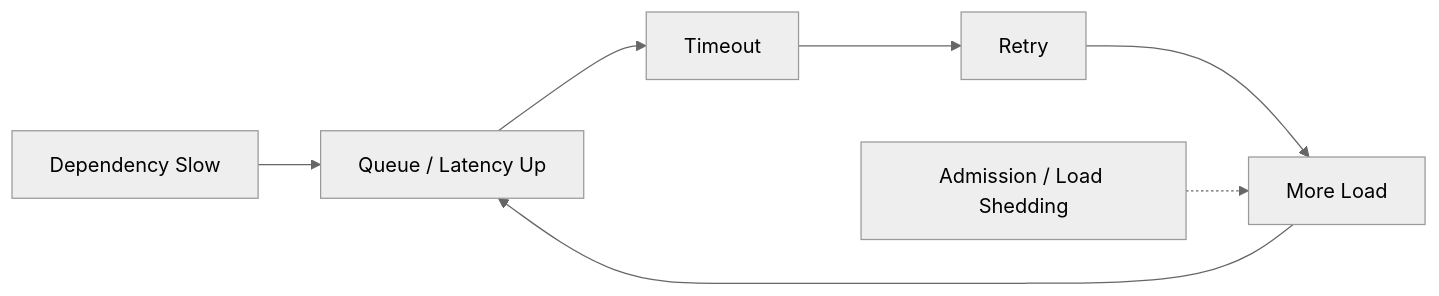
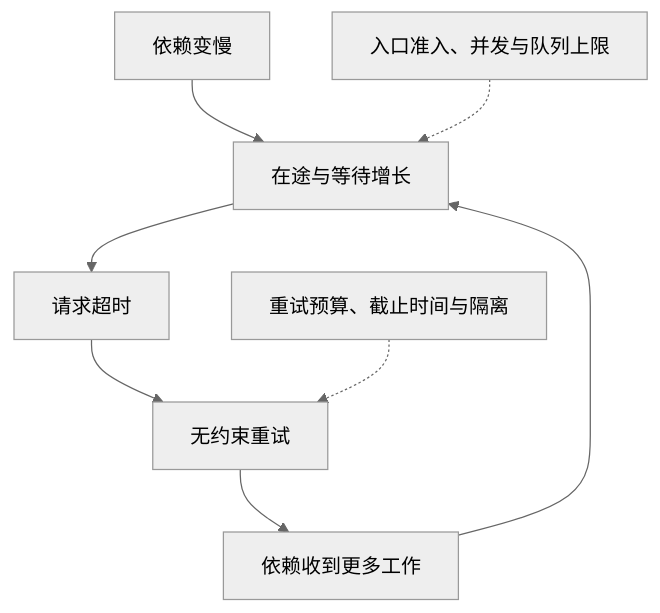
Before and after one commit to studyzhige-ui/ai-application-interview-handbook: the fifth of 6 diagrams in curriculum/10-system-design/review/README.md, drawn with Mermaid (neutral theme). The commit also changed other lines of this file and 33 other files, not shown here.

````diff
--- a/curriculum/10-system-design/review/README.md
+++ b/curriculum/10-system-design/review/README.md
@@ -84,9 +69,10 @@
 ```mermaid
-flowchart LR
-    A["Dependency Slow"] --> B["Queue / Latency Up"]
-    B --> C["Timeout"]
-    C --> D["Retry"]
-    D --> E["More Load"]
+flowchart TD
+    A["依赖变慢"] --> B["在途与等待增长"]
+    B --> C["请求超时"]
+    C --> D["无约束重试"]
+    D --> E["依赖收到更多工作"]
     E --> B
-    F["Admission / Load Shedding"] -.-> E
+    F["入口准入、并发与队列上限"] -.-> B
+    G["重试预算、截止时间与隔离"] -.-> D
 ```
````
